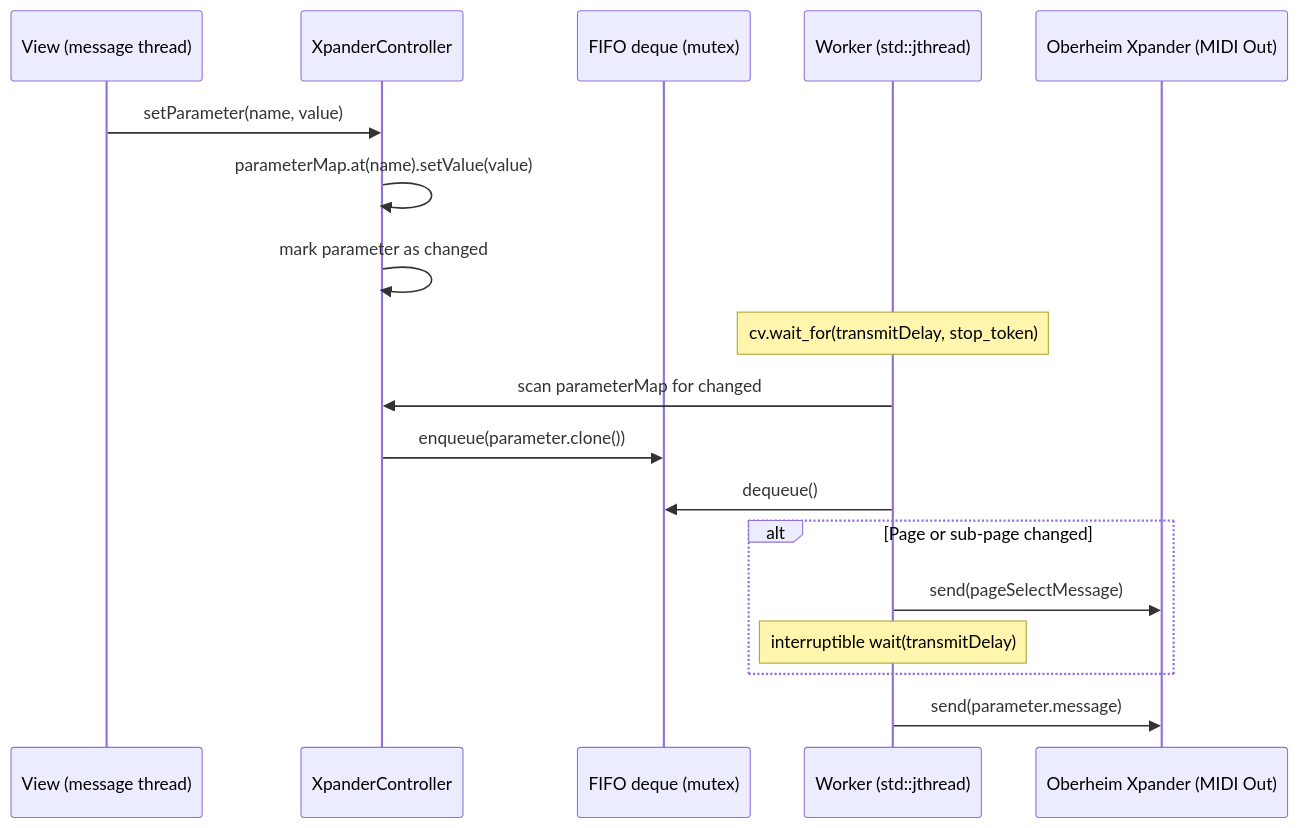
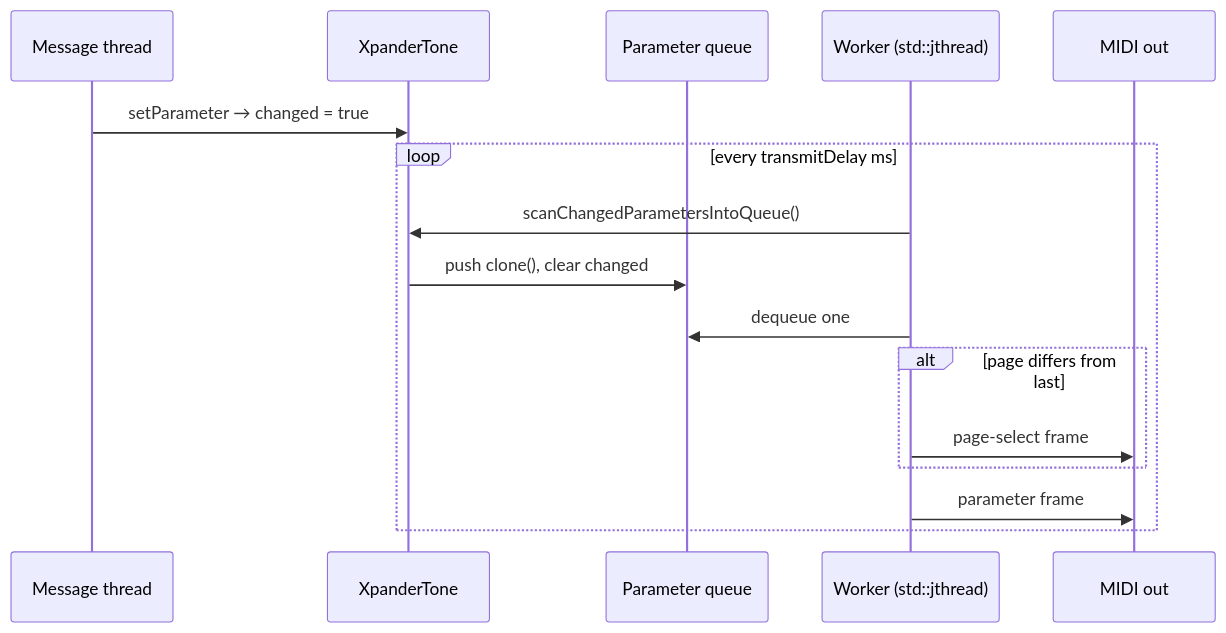
One commit to xplorer2716/XplorerEditor changed diagram 13 of 18 in docs/architecture-analysis.md. Above: the diagram before and after it, drawn with Mermaid. The commit also changed other lines of this file, not shown here.

First line of the commit message:
Rewrite the architecture document as a standalone reference for the JUCE implementation

````diff
--- a/docs/architecture-analysis.md
+++ b/docs/architecture-analysis.md
@@ -554,21 +714,19 @@
 ```mermaid
 sequenceDiagram
-    participant UI as View (message thread)
-    participant Ctrl as XpanderController
-    participant Queue as FIFO deque (mutex)
-    participant WT as Worker (std::jthread)
-    participant Synth as Oberheim Xpander (MIDI Out)
+    participant UI as Message thread
+    participant T as XpanderTone
+    participant Q as Parameter queue
+    participant W as Worker (std::jthread)
+    participant O as MIDI out
 
-    UI->>Ctrl: setParameter(name, value)
-    Ctrl->>Ctrl: parameterMap.at(name).setValue(value)
-    Ctrl->>Ctrl: mark parameter as changed
-    Note over WT: cv.wait_for(transmitDelay, stop_token)
-    WT->>Ctrl: scan parameterMap for changed
-    Ctrl->>Queue: enqueue(parameter.clone())
-    WT->>Queue: dequeue()
-    alt Page or sub-page changed
-        WT->>Synth: send(pageSelectMessage)
-        Note over WT: interruptible wait(transmitDelay)
+    UI->>T: setParameter → changed = true
+    loop every transmitDelay ms
+        W->>T: scanChangedParametersIntoQueue()
+        T->>Q: push clone(), clear changed
+        W->>Q: dequeue one
+        alt page differs from last
+            W->>O: page-select frame
+        end
+        W->>O: parameter frame
     end
-    WT->>Synth: send(parameter.message)
 ```
````
